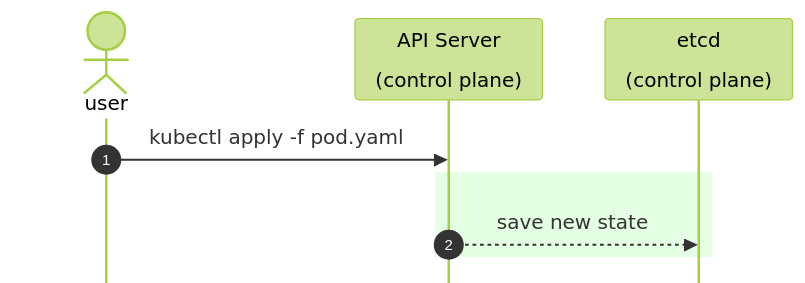
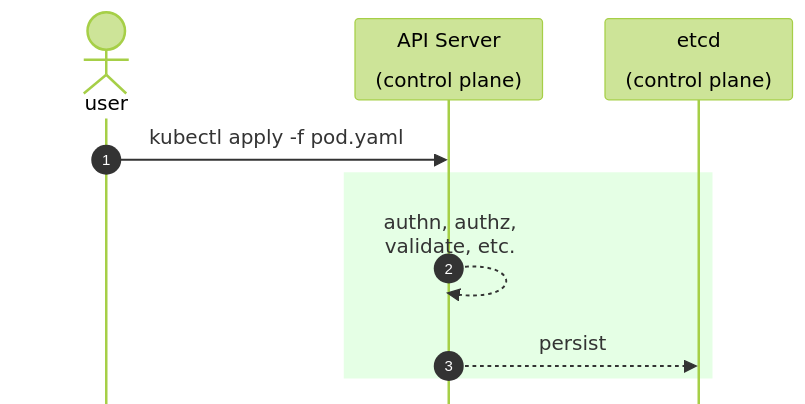
The fourth of 7 diagrams in tlak/slides.md (ndrpnt/slides), drawn with Mermaid (forest theme) before and after one commit. The commit also changed other lines of this file, not shown here.

````diff
--- a/tlak/slides.md
+++ b/tlak/slides.md
@@ -498,12 +514,13 @@
-```mermaid
+```mermaid  {scale: 0.66}
 %%{init:{"mirrorActors": false, "showSequenceNumbers": true}}%%
 sequenceDiagram
     actor user
     participant api as API Server<br><br>(control plane)
     participant etcd as etcd<br><br>(control plane)
 
     user->>api: kubectl apply -f pod.yaml
     rect rgba(0, 255, 0, .1)
-      api-->>etcd: save new state
+      api-->>api: authn, authz,<br>validate, etc.
+      api-->>etcd: persist
     end
 ```
````
